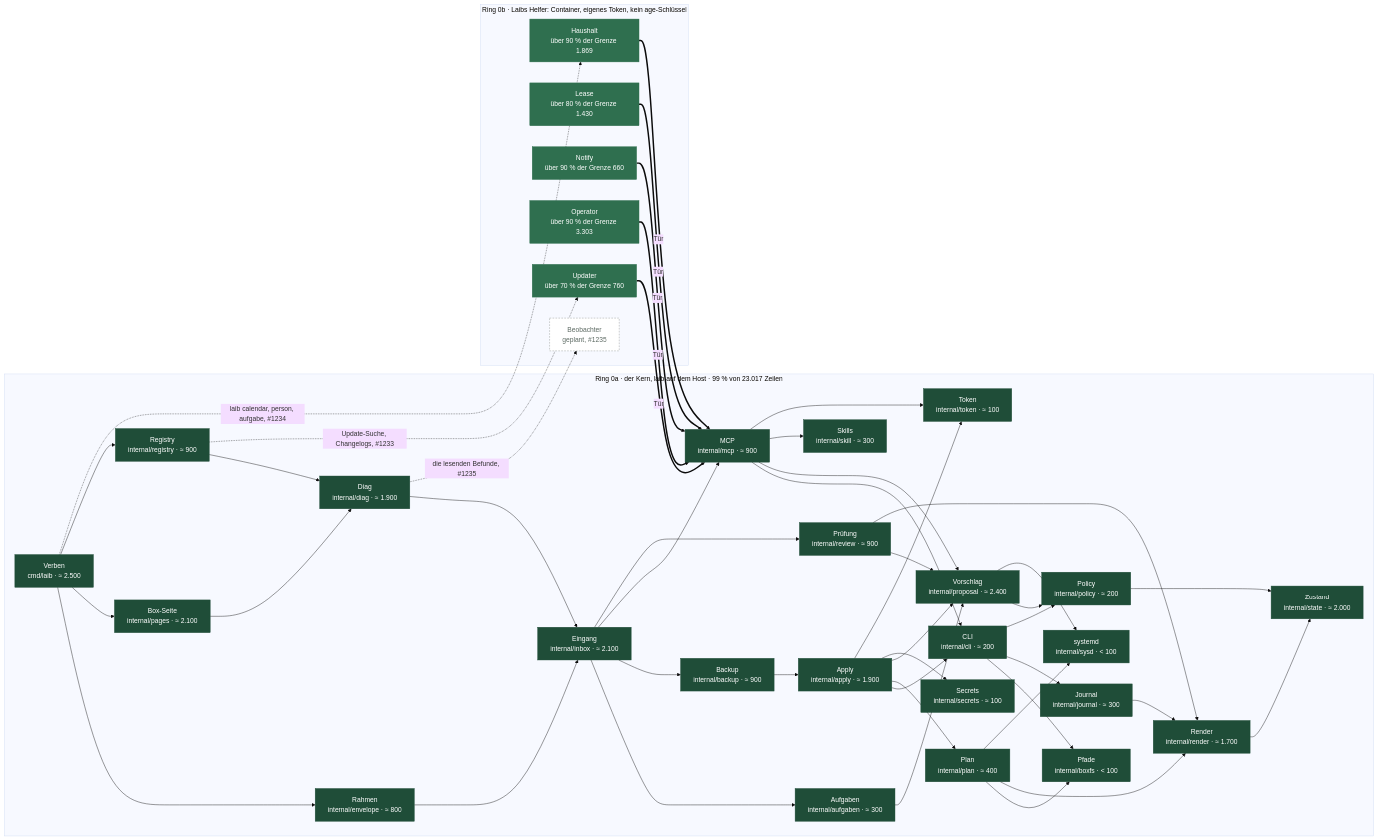
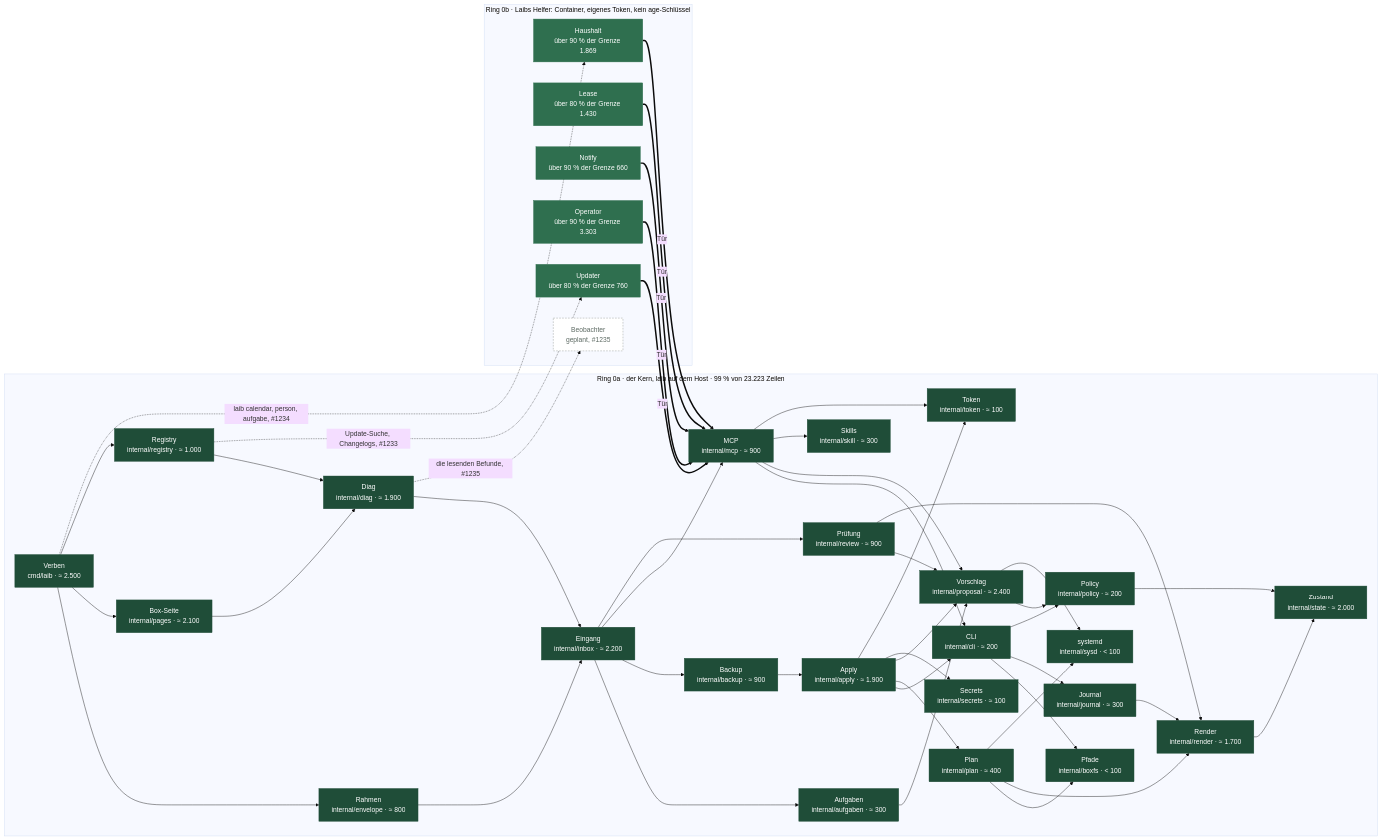
The fourth of 5 diagrams in docs/C4.md (mdopp/laib), drawn with Mermaid (base theme) before and after one commit. The commit also changed other lines of this file and 46 other files, not shown here.

```diff
--- a/docs/C4.md
+++ b/docs/C4.md
@@ -238,7 +238,7 @@
   classDef s1 fill:#e2efe7,stroke:#2f6f4f,color:#1c1f1d
   classDef s2 fill:#cfe3d6,stroke:#2f6f4f,color:#1c1f1d
   classDef plan fill:#fff,stroke:#8a918c,color:#5d6a63,stroke-dasharray:4 3
-  subgraph r0a["Ring 0a · der Kern, laib auf dem Host · 99 % von 23.017 Zeilen"]
+  subgraph r0a["Ring 0a · der Kern, laib auf dem Host · 99 % von 23.223 Zeilen"]
     k_cmd_laib["Verben<br/>cmd/laib · ≈ 2.500"]:::kern
     k_internal_apply["Apply<br/>internal/apply · ≈ 1.900"]:::kern
     k_internal_aufgaben["Aufgaben<br/>internal/aufgaben · ≈ 300"]:::kern
@@ -247,14 +247,14 @@
     k_internal_cli["CLI<br/>internal/cli · ≈ 200"]:::kern
     k_internal_diag["Diag<br/>internal/diag · ≈ 1.900"]:::kern
     k_internal_envelope["Rahmen<br/>internal/envelope · ≈ 800"]:::kern
-    k_internal_inbox["Eingang<br/>internal/inbox · ≈ 2.100"]:::kern
+    k_internal_inbox["Eingang<br/>internal/inbox · ≈ 2.200"]:::kern
     k_internal_journal["Journal<br/>internal/journal · ≈ 300"]:::kern
     k_internal_mcp["MCP<br/>internal/mcp · ≈ 900"]:::kern
     k_internal_pages["Box-Seite<br/>internal/pages · ≈ 2.100"]:::kern
     k_internal_plan["Plan<br/>internal/plan · ≈ 400"]:::kern
     k_internal_policy["Policy<br/>internal/policy · ≈ 200"]:::kern
     k_internal_proposal["Vorschlag<br/>internal/proposal · ≈ 2.400"]:::kern
-    k_internal_registry["Registry<br/>internal/registry · ≈ 900"]:::kern
+    k_internal_registry["Registry<br/>internal/registry · ≈ 1.000"]:::kern
     k_internal_render["Render<br/>internal/render · ≈ 1.700"]:::kern
     k_internal_review["Prüfung<br/>internal/review · ≈ 900"]:::kern
     k_internal_secrets["Secrets<br/>internal/secrets · ≈ 100"]:::kern
@@ -268,7 +268,7 @@
     p_lease["Lease<br/>über 80 % der Grenze 1.430"]:::helfer
     p_notify["Notify<br/>über 90 % der Grenze 660"]:::helfer
     p_operator["Operator<br/>über 90 % der Grenze 3.303"]:::helfer
-    p_updater["Updater<br/>über 70 % der Grenze 760"]:::helfer
+    p_updater["Updater<br/>über 80 % der Grenze 760"]:::helfer
     z_beobachter["Beobachter<br/>geplant, #1235"]:::plan
   end
   k_cmd_laib --> k_internal_envelope
```
